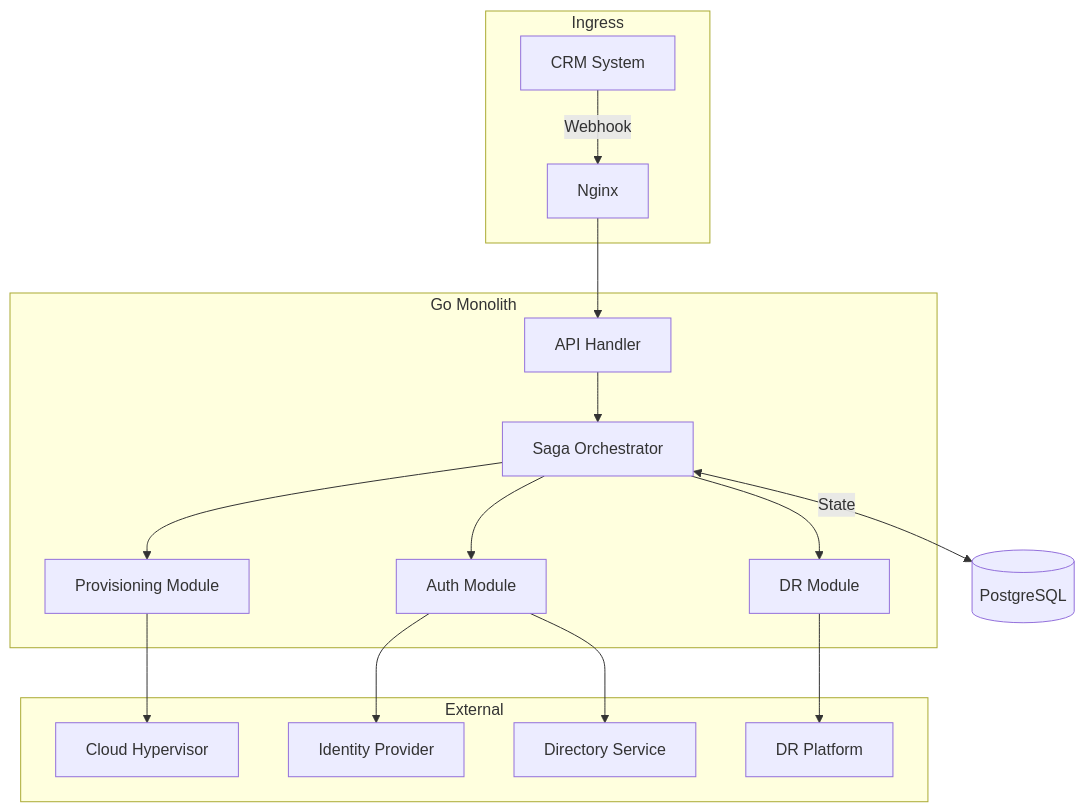
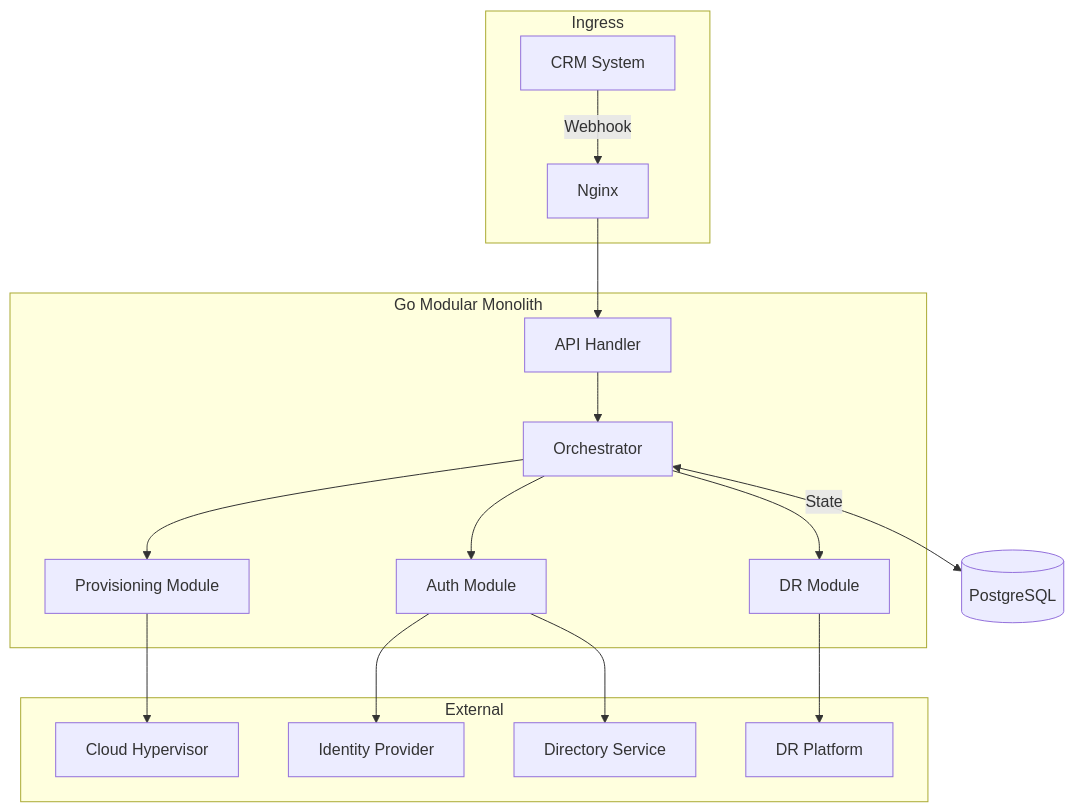
The second of 5 diagrams in cloud-platform/README.md (pwilliams-ck/engineering-projects), drawn with Mermaid before and after one commit. The commit also changed other lines of this file, not shown here.

````diff
--- a/cloud-platform/README.md
+++ b/cloud-platform/README.md
@@ -75,32 +75,32 @@
 ```mermaid
 flowchart TB
     subgraph Ingress
         CRM[CRM System]
         NG[Nginx]
     end
 
-    subgraph "Go Monolith"
+    subgraph "Go Modular Monolith"
         API[API Handler]
-        SAGA[Saga Orchestrator]
+        ORCH[Orchestrator]
         AUTH[Auth Module]
         PROV[Provisioning Module]
         DRS[DR Module]
     end
 
     DB[(PostgreSQL)]
 
     subgraph External
-        VCD[Cloud Hypervisor]
+        CH[Cloud Hypervisor]
         KC[Identity Provider]
         AD[Directory Service]
         DR[DR Platform]
     end
 
     CRM -->|Webhook| NG --> API
-    API --> SAGA
-    SAGA <-->|State| DB
-    SAGA --> AUTH --> KC
+    API --> ORCH
+    ORCH <-->|State| DB
+    ORCH --> AUTH --> KC
     AUTH --> AD
-    SAGA --> PROV --> VCD
-    SAGA --> DRS --> DR
+    ORCH --> PROV --> CH
+    ORCH --> DRS --> DR
 ```
````
